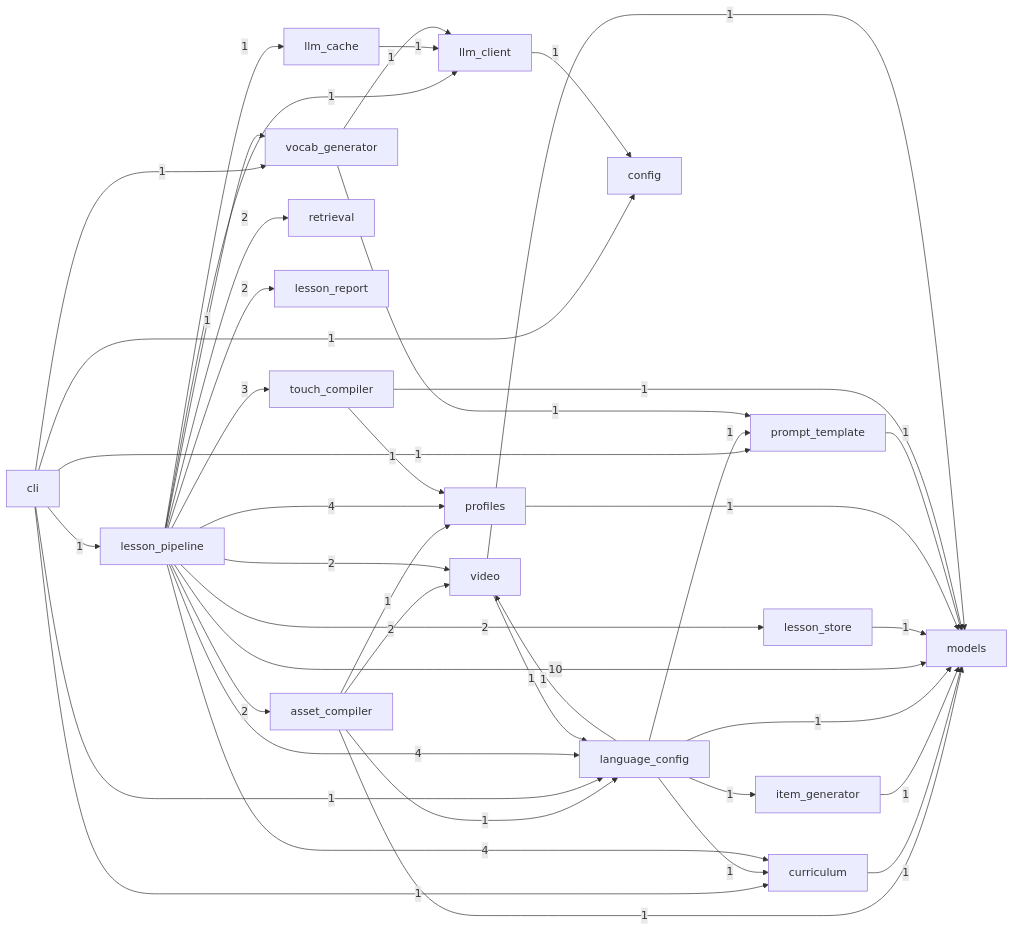
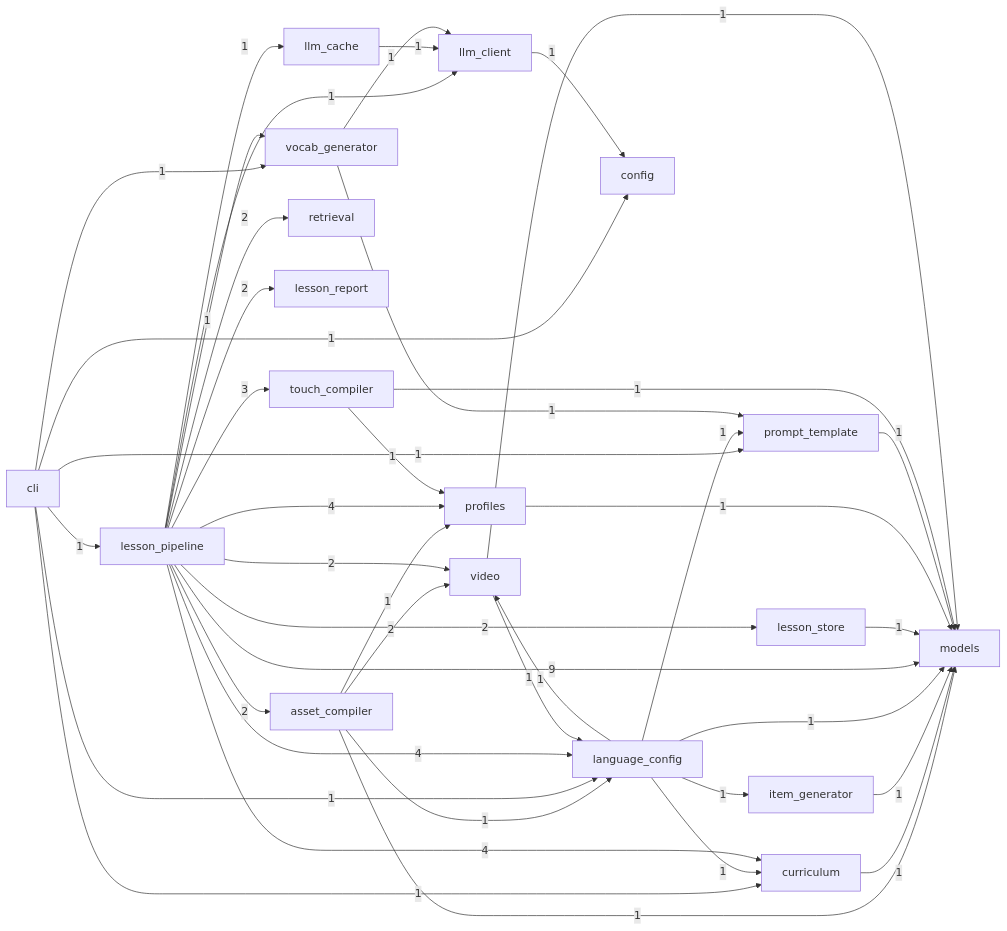
The diagram in docs/internal_module_dependencies.md (Scherlac/JapaneseLessons), drawn with Mermaid before and after one commit. The commit also changed other lines of this file and 5 other files, not shown here.

Commit message:
feat: evaluate candidate internal architecture for future module separation and reduce coupling

````diff
--- a/docs/internal_module_dependencies.md
+++ b/docs/internal_module_dependencies.md
@@ -10,62 +10,62 @@
 ```mermaid
 flowchart LR
     asset_compiler -->|2| video
+    asset_compiler -->|1| profiles
     asset_compiler -->|1| models
-    asset_compiler -->|1| profiles
     asset_compiler -->|1| language_config
-    cli -->|1| vocab_generator
+    cli -->|1| curriculum
     cli -->|1| config
+    cli -->|1| prompt_template
     cli -->|1| language_config
     cli -->|1| lesson_pipeline
-    cli -->|1| prompt_template
-    cli -->|1| curriculum
+    cli -->|1| vocab_generator
     curriculum -->|1| models
     item_generator -->|1| models
+    language_config -->|1| video
+    language_config -->|1| curriculum
+    language_config -->|1| prompt_template
     language_config -->|1| item_generator
     language_config -->|1| models
-    language_config -->|1| prompt_template
-    language_config -->|1| video
-    language_config -->|1| curriculum
-    lesson_pipeline -->|10| models
+    lesson_pipeline -->|9| models
     lesson_pipeline -->|4| language_config
+    lesson_pipeline -->|4| profiles
     lesson_pipeline -->|4| curriculum
-    lesson_pipeline -->|4| profiles
     lesson_pipeline -->|3| touch_compiler
     lesson_pipeline -->|2| retrieval
     lesson_pipeline -->|2| lesson_report
+    lesson_pipeline -->|2| lesson_store
+    lesson_pipeline -->|2| video
     lesson_pipeline -->|2| asset_compiler
-    lesson_pipeline -->|2| video
-    lesson_pipeline -->|2| lesson_store
+    lesson_pipeline -->|1| vocab_generator
     lesson_pipeline -->|1| llm_client
     lesson_pipeline -->|1| llm_cache
-    lesson_pipeline -->|1| vocab_generator
     lesson_store -->|1| models
     llm_cache -->|1| llm_client
     llm_client -->|1| config
     profiles -->|1| models
     prompt_template -->|1| models
+    touch_compiler -->|1| profiles
     touch_compiler -->|1| models
-    touch_compiler -->|1| profiles
     video -->|1| language_config
     video -->|1| models
+    vocab_generator -->|1| llm_client
     vocab_generator -->|1| prompt_template
-    vocab_generator -->|1| llm_client
     asset_compiler[asset_compiler]
     cli[cli]
     config[config]
     curriculum[curriculum]
     item_generator[item_generator]
     language_config[language_config]
     lesson_pipeline[lesson_pipeline]
     lesson_report[lesson_report]
     lesson_store[lesson_store]
     llm_cache[llm_cache]
     llm_client[llm_client]
     models[models]
     profiles[profiles]
     prompt_template[prompt_template]
     retrieval[retrieval]
     touch_compiler[touch_compiler]
     video[video]
     vocab_generator[vocab_generator]
 ```
````
